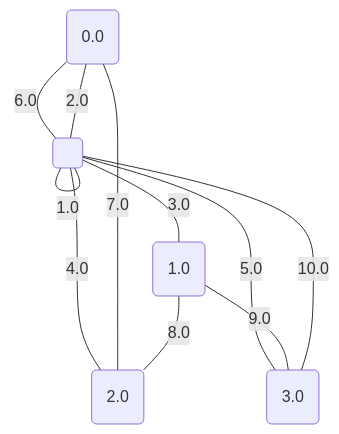
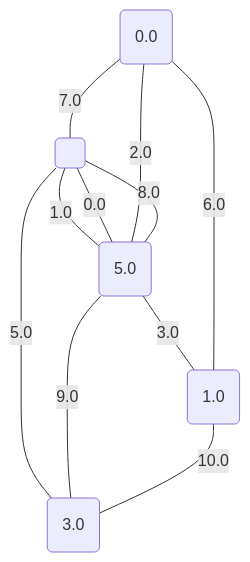
One commit to metury/graphs changed diagram 11 of 17 in project/src/testing/minCutPetersen.md. Above: the diagram before and after it, drawn with Mermaid. The commit also changed other lines of this file and 78 other files, not shown here.

````diff
--- a/project/src/testing/minCutPetersen.md
+++ b/project/src/testing/minCutPetersen.md
@@ -291,18 +291,18 @@
 ```mermaid
 graph TD;
 0("0.0");
 1("1.0");
-2("2.0");
-3("3.0");
+2("3.0");
+3("5.0");
 4(" ");
-	4 -- "1.0" --- 4;
-	4 -- "2.0" --- 0;
-	4 -- "3.0" --- 1;
-	4 -- "4.0" --- 2;
-	4 -- "5.0" --- 3;
-	0 -- "6.0" --- 4;
-	0 -- "7.0" --- 2;
-	1 -- "8.0" --- 2;
-	1 -- "9.0" --- 3;
-	4 -- "10.0" --- 3;
+	3 -- "0.0" --- 4;
+	4 -- "1.0" --- 3;
+	3 -- "2.0" --- 0;
+	3 -- "3.0" --- 1;
+	4 -- "5.0" --- 2;
+	0 -- "6.0" --- 1;
+	0 -- "7.0" --- 4;
+	3 -- "8.0" --- 4;
+	3 -- "9.0" --- 2;
+	1 -- "10.0" --- 2;
 ```
````
